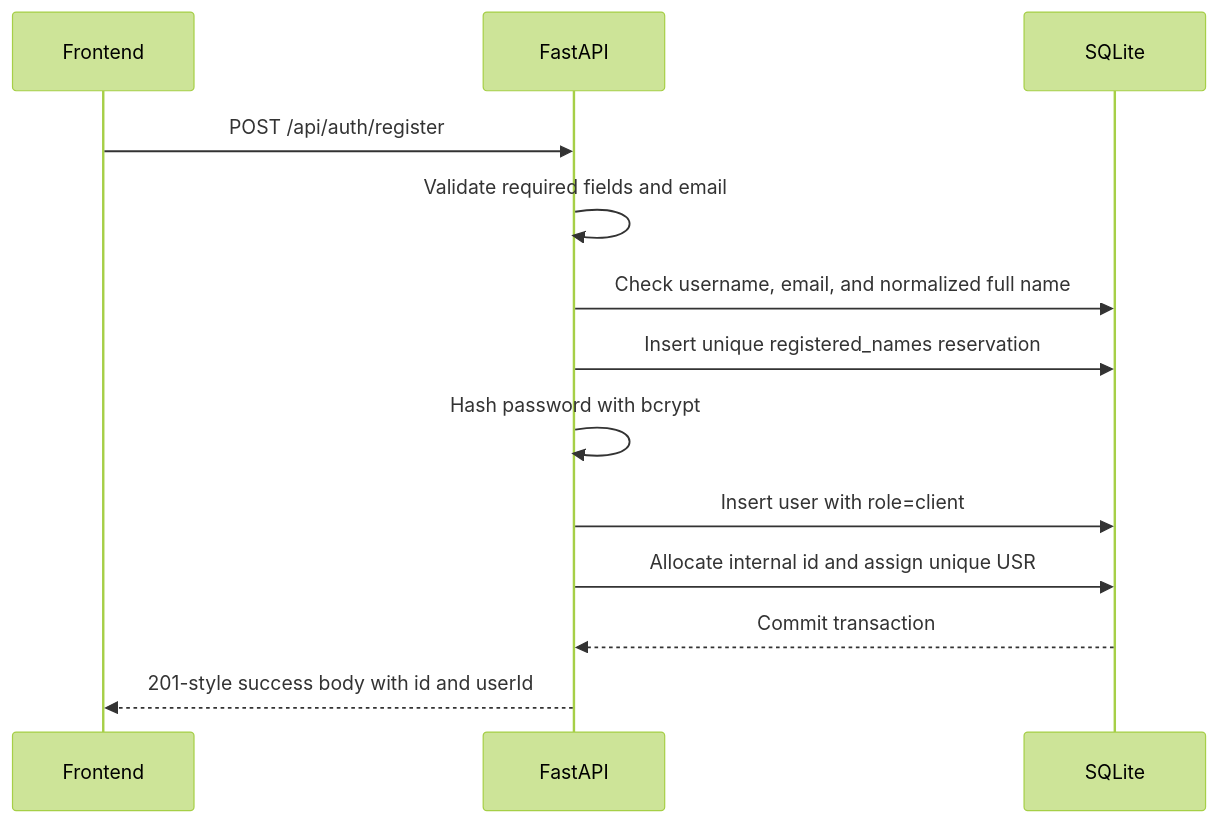
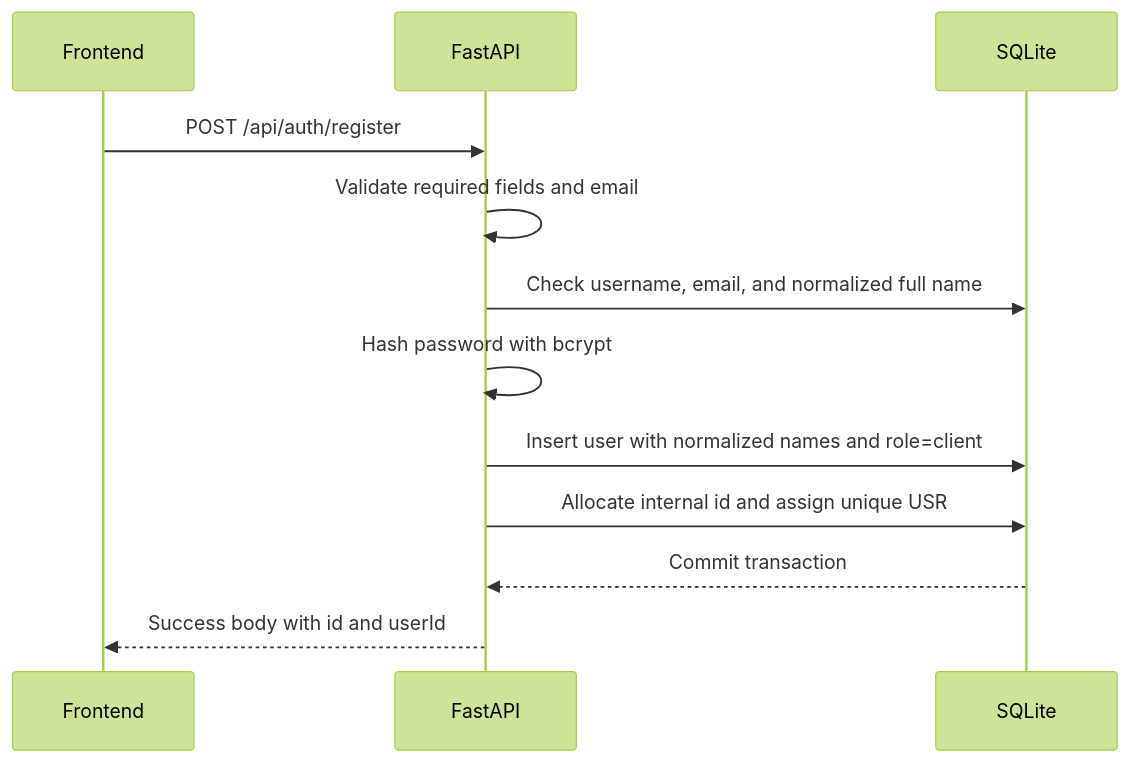
Before and after one commit to anu29anil/Fitness-Challenge-Application: the second of 3 diagrams in DESIGN.md, drawn with Mermaid (forest theme). The commit also changed other lines of this file and 3 other files, not shown here.

Commit message:
Update system architecture and documentation

````diff
--- a/DESIGN.md
+++ b/DESIGN.md
@@ -36,16 +36,15 @@
 ```mermaid
 sequenceDiagram
     participant F as Frontend
     participant A as FastAPI
     participant D as SQLite
 
     F->>A: POST /api/auth/register
     A->>A: Validate required fields and email
     A->>D: Check username, email, and normalized full name
-    A->>D: Insert unique registered_names reservation
     A->>A: Hash password with bcrypt
-    A->>D: Insert user with role=client
+    A->>D: Insert user with normalized names and role=client
     A->>D: Allocate internal id and assign unique USR### user_id
     D-->>A: Commit transaction
-    A-->>F: 201-style success body with id and userId
+    A-->>F: Success body with id and userId
 ```
````
